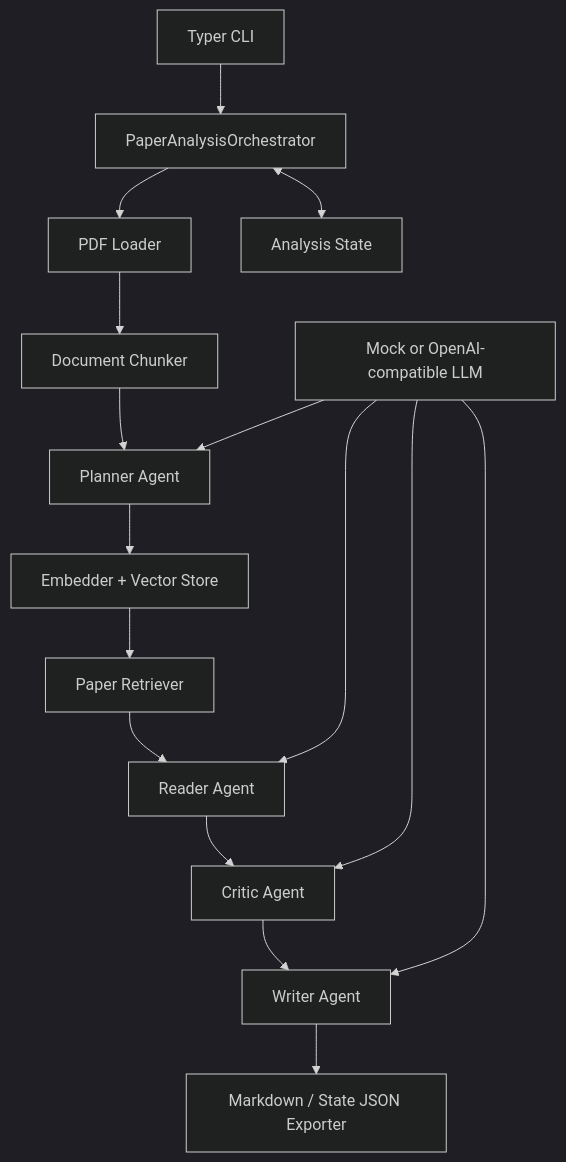
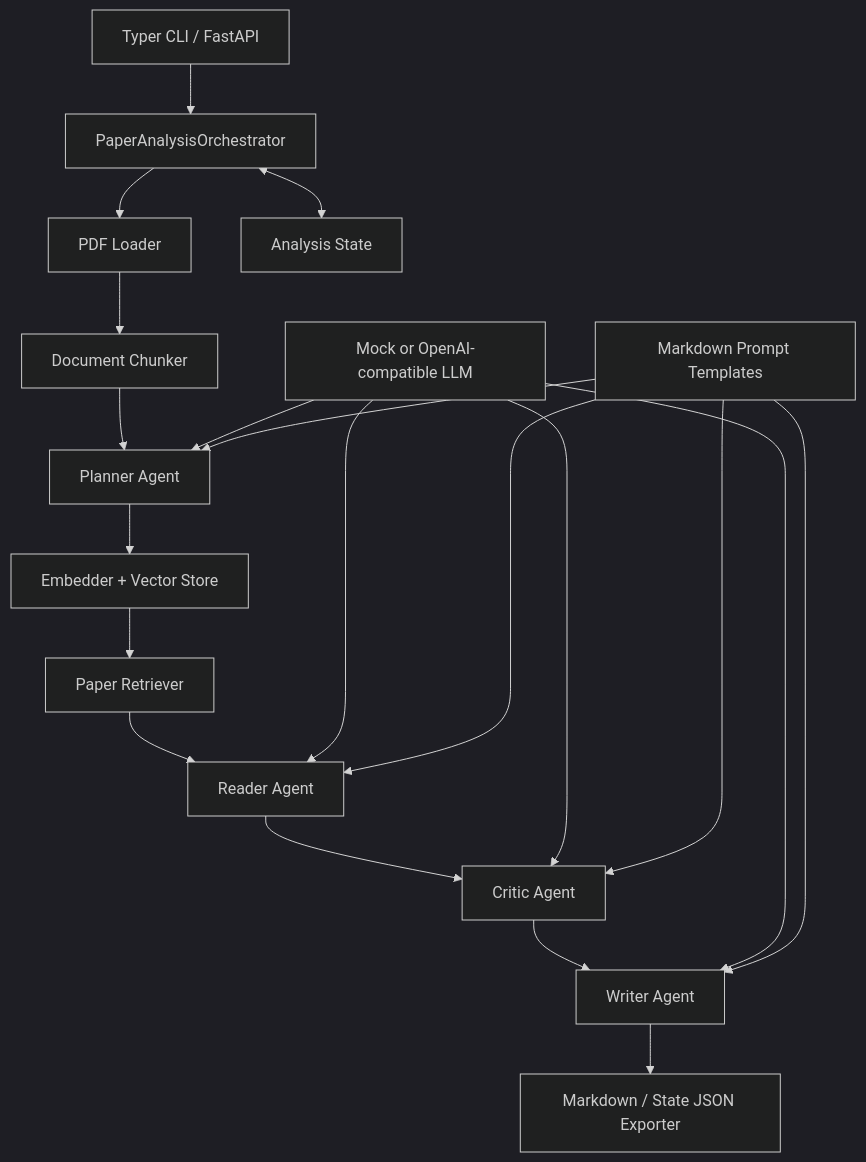
The diagram in backend/README.md (user0625/MAPRS), drawn with Mermaid (dark theme) before and after one commit. The commit also changed other lines of this file and 40 other files, not shown here.

````diff
--- a/backend/README.md
+++ b/backend/README.md
@@ -25,18 +28,22 @@
 ```mermaid
 flowchart TD
-    CLI[Typer CLI] --> ORCH[PaperAnalysisOrchestrator]
+    ENTRY[Typer CLI / FastAPI] --> ORCH[PaperAnalysisOrchestrator]
     ORCH --> PDF[PDF Loader]
     PDF --> CHUNK[Document Chunker]
     CHUNK --> PLAN[Planner Agent]
     PLAN --> INDEX[Embedder + Vector Store]
     INDEX --> RETRIEVE[Paper Retriever]
     RETRIEVE --> READ[Reader Agent]
     READ --> CRITIC[Critic Agent]
     CRITIC --> WRITER[Writer Agent]
     WRITER --> EXPORT[Markdown / State JSON Exporter]
     ORCH <--> STATE[Analysis State]
     LLM[Mock or OpenAI-compatible LLM] --> PLAN
     LLM --> READ
     LLM --> CRITIC
     LLM --> WRITER
+    PROMPT[Markdown Prompt Templates] --> PLAN
+    PROMPT --> READ
+    PROMPT --> CRITIC
+    PROMPT --> WRITER
 ```
````
